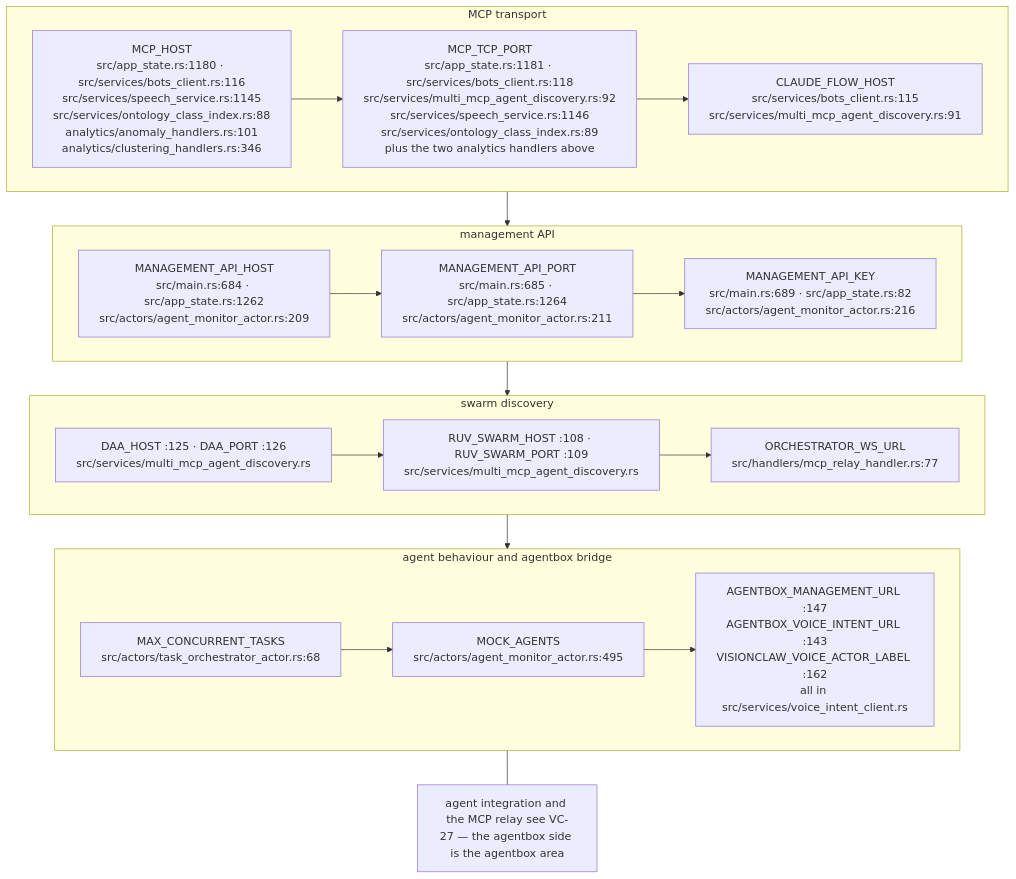
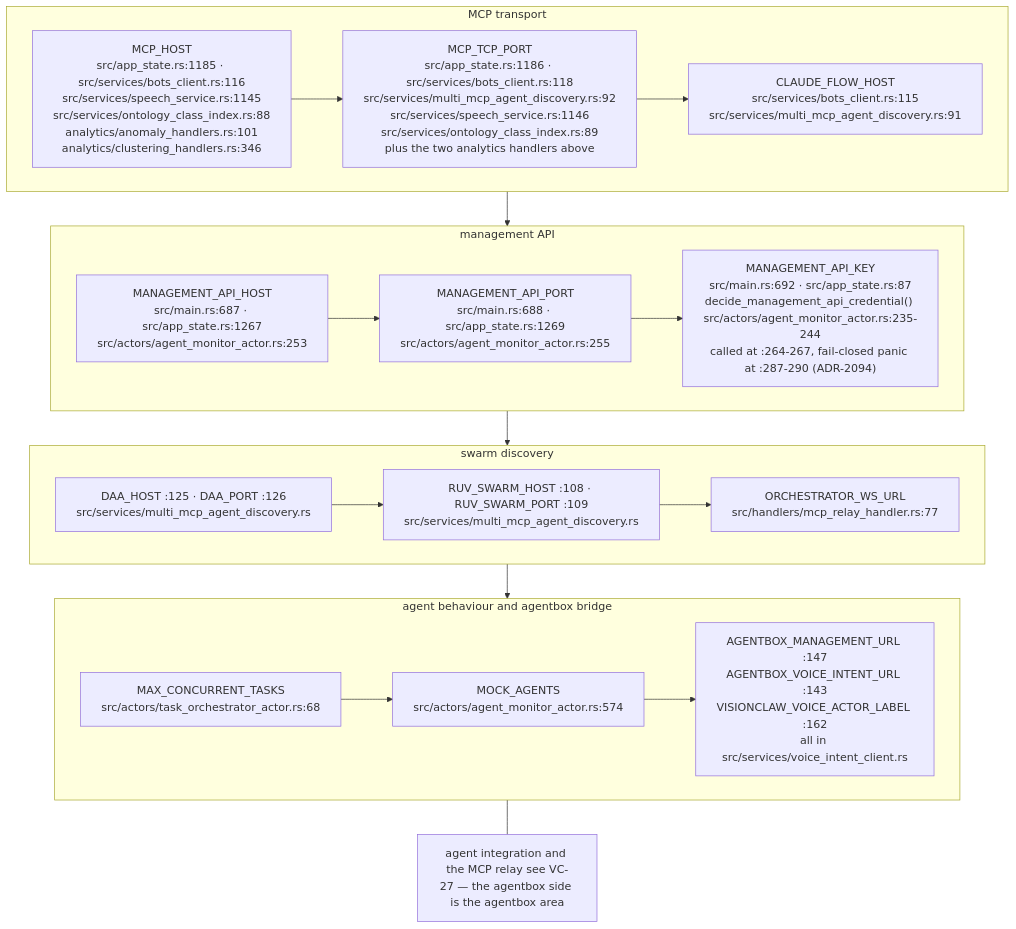
One commit to DreamLab-AI/AR-AI-Knowledge-Graph changed diagram 12 of 15 in docs/diagrams/visionclaw/09-config-and-env-flags.md. Above: the diagram before and after it, drawn with Mermaid. The commit also changed other lines of this file and 73 other files, not shown here.

First line of the commit message:
docs(diagrams): re-verify all 71 topic files against HEAD; add --cite-check

````diff
--- a/docs/diagrams/visionclaw/09-config-and-env-flags.md
+++ b/docs/diagrams/visionclaw/09-config-and-env-flags.md
@@ -460,18 +460,18 @@
 ```mermaid
 flowchart TB
     subgraph MCP["MCP transport"]
-        M1["MCP_HOST<br/>src/app_state.rs:1180 · src/services/bots_client.rs:116<br/>src/services/speech_service.rs:1145<br/>src/services/ontology_class_index.rs:88<br/>analytics/anomaly_handlers.rs:101<br/>analytics/clustering_handlers.rs:346"] --> M2["MCP_TCP_PORT<br/>src/app_state.rs:1181 · src/services/bots_client.rs:118<br/>src/services/multi_mcp_agent_discovery.rs:92<br/>src/services/speech_service.rs:1146<br/>src/services/ontology_class_index.rs:89<br/>plus the two analytics handlers above"] --> M3["CLAUDE_FLOW_HOST<br/>src/services/bots_client.rs:115<br/>src/services/multi_mcp_agent_discovery.rs:91"]
+        M1["MCP_HOST<br/>src/app_state.rs:1185 · src/services/bots_client.rs:116<br/>src/services/speech_service.rs:1145<br/>src/services/ontology_class_index.rs:88<br/>analytics/anomaly_handlers.rs:101<br/>analytics/clustering_handlers.rs:346"] --> M2["MCP_TCP_PORT<br/>src/app_state.rs:1186 · src/services/bots_client.rs:118<br/>src/services/multi_mcp_agent_discovery.rs:92<br/>src/services/speech_service.rs:1146<br/>src/services/ontology_class_index.rs:89<br/>plus the two analytics handlers above"] --> M3["CLAUDE_FLOW_HOST<br/>src/services/bots_client.rs:115<br/>src/services/multi_mcp_agent_discovery.rs:91"]
     end
     subgraph MGMT["management API"]
-        G1["MANAGEMENT_API_HOST<br/>src/main.rs:684 · src/app_state.rs:1262<br/>src/actors/agent_monitor_actor.rs:209"] --> G2["MANAGEMENT_API_PORT<br/>src/main.rs:685 · src/app_state.rs:1264<br/>src/actors/agent_monitor_actor.rs:211"] --> G3["MANAGEMENT_API_KEY<br/>src/main.rs:689 · src/app_state.rs:82<br/>src/actors/agent_monitor_actor.rs:216"]
+        G1["MANAGEMENT_API_HOST<br/>src/main.rs:687 · src/app_state.rs:1267<br/>src/actors/agent_monitor_actor.rs:253"] --> G2["MANAGEMENT_API_PORT<br/>src/main.rs:688 · src/app_state.rs:1269<br/>src/actors/agent_monitor_actor.rs:255"] --> G3["MANAGEMENT_API_KEY<br/>src/main.rs:692 · src/app_state.rs:87<br/>decide_management_api_credential() src/actors/agent_monitor_actor.rs:235-244<br/>called at :264-267, fail-closed panic at :287-290 (ADR-2094)"]
     end
     subgraph DISC["swarm discovery"]
         D1["DAA_HOST :125 · DAA_PORT :126<br/>src/services/multi_mcp_agent_discovery.rs"] --> D2["RUV_SWARM_HOST :108 · RUV_SWARM_PORT :109<br/>src/services/multi_mcp_agent_discovery.rs"] --> D3["ORCHESTRATOR_WS_URL<br/>src/handlers/mcp_relay_handler.rs:77"]
     end
     subgraph AGENTS["agent behaviour and agentbox bridge"]
-        A1["MAX_CONCURRENT_TASKS<br/>src/actors/task_orchestrator_actor.rs:68"] --> A2["MOCK_AGENTS<br/>src/actors/agent_monitor_actor.rs:495"] --> A3["AGENTBOX_MANAGEMENT_URL :147<br/>AGENTBOX_VOICE_INTENT_URL :143<br/>VISIONCLAW_VOICE_ACTOR_LABEL :162<br/>all in src/services/voice_intent_client.rs"]
+        A1["MAX_CONCURRENT_TASKS<br/>src/actors/task_orchestrator_actor.rs:68"] --> A2["MOCK_AGENTS<br/>src/actors/agent_monitor_actor.rs:574"] --> A3["AGENTBOX_MANAGEMENT_URL :147<br/>AGENTBOX_VOICE_INTENT_URL :143<br/>VISIONCLAW_VOICE_ACTOR_LABEL :162<br/>all in src/services/voice_intent_client.rs"]
     end
     MCP --> MGMT --> DISC --> AGENTS
     N["agent integration and the MCP relay see VC-27 — the agentbox side is the agentbox area"]
     AGENTS --- N
 ```
````
